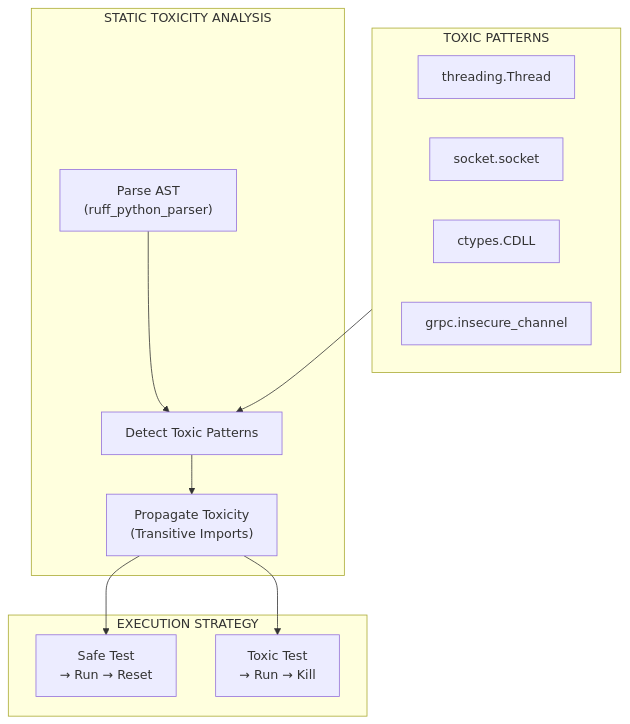
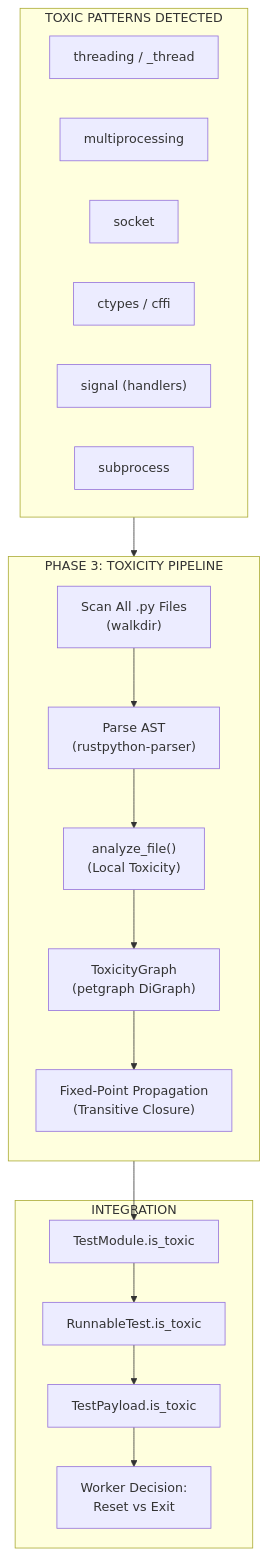
One commit to NikkeTryHard/tach-core changed the fourth of 5 diagrams in README.md. Above: the diagram before and after it, drawn with Mermaid. The commit also changed other lines of this file and 20 other files, not shown here.

First line of the commit message:
git add -A && git commit -m "feat: Phase 4 worker loop + UB fix + CI setup

````diff
--- a/README.md
+++ b/README.md
@@ -213,26 +222,32 @@
 ```mermaid
 flowchart TB
-    subgraph Analysis["STATIC TOXICITY ANALYSIS"]
-        AST["Parse AST\n(ruff_python_parser)"]
-        Detect["Detect Toxic Patterns"]
-        Propagate["Propagate Toxicity\n(Transitive Imports)"]
+    subgraph Discovery["PHASE 3: TOXICITY PIPELINE"]
+        direction TB
+        Scan["Scan All .py Files\n(walkdir)"]
+        Parse["Parse AST\n(rustpython-parser)"]
+        Analyze["analyze_file()\n(Local Toxicity)"]
+        Graph["ToxicityGraph\n(petgraph DiGraph)"]
+        Propagate["Fixed-Point Propagation\n(Transitive Closure)"]
     end
 
-    subgraph Patterns["TOXIC PATTERNS"]
-        Threading["threading.Thread"]
-        Socket["socket.socket"]
-        Ctypes["ctypes.CDLL"]
-        GRPC["grpc.insecure_channel"]
+    subgraph Patterns["TOXIC PATTERNS DETECTED"]
+        Threading["threading / _thread"]
+        Multiprocessing["multiprocessing"]
+        Socket["socket"]
+        Ctypes["ctypes / cffi"]
+        Signal["signal (handlers)"]
+        Subprocess["subprocess"]
     end
 
-    subgraph Strategy["EXECUTION STRATEGY"]
-        Safe["Safe Test\n→ Run → Reset"]
-        Toxic["Toxic Test\n→ Run → Kill"]
+    subgraph Output["INTEGRATION"]
+        TestModule["TestModule.is_toxic"]
+        RunnableTest["RunnableTest.is_toxic"]
+        TestPayload["TestPayload.is_toxic"]
+        Worker["Worker Decision:\nReset vs Exit"]
     end
 
-    AST --> Detect
-    Patterns --> Detect
-    Detect --> Propagate
-    Propagate --> Safe
-    Propagate --> Toxic
+    Scan --> Parse --> Analyze
+    Patterns --> Analyze
+    Analyze --> Graph --> Propagate
+    Propagate --> TestModule --> RunnableTest --> TestPayload --> Worker
 ```
````
